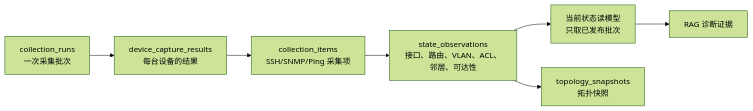
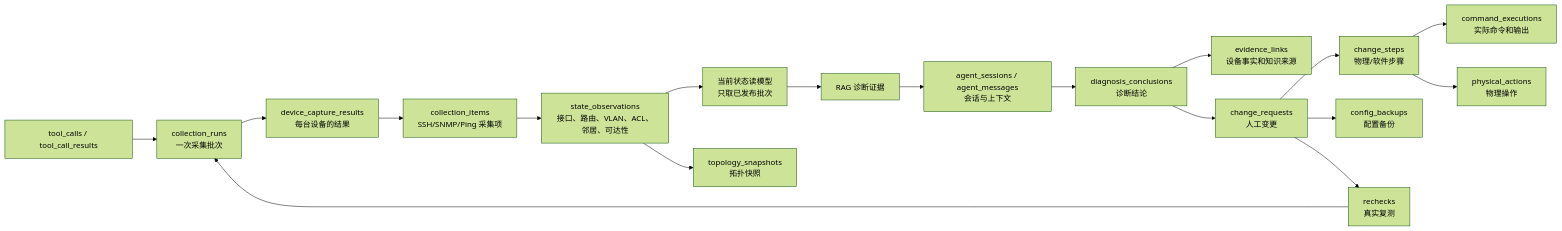
Before and after one commit to A1PHAalpha/-project6: the sixth of 7 diagrams in README.md, drawn with Mermaid (forest theme). The commit also changed other lines of this file and 28 other files, not shown here.

````diff
--- a/README.md
+++ b/README.md
@@ -432,9 +452,20 @@
 ```mermaid
 flowchart LR
     RUN["collection_runs<br/>一次采集批次"] --> RESULT["device_capture_results<br/>每台设备的结果"]
     RESULT --> ITEM["collection_items<br/>SSH/SNMP/Ping 采集项"]
     ITEM --> OBS["state_observations<br/>接口、路由、VLAN、ACL、邻居、可达性"]
     OBS --> CURRENT["当前状态读模型<br/>只取已发布批次"]
     OBS --> TOPO["topology_snapshots<br/>拓扑快照"]
     CURRENT --> RAG["RAG 诊断证据"]
+    TOOL["tool_calls / tool_call_results"] --> RUN
+    RAG --> SESSION["agent_sessions / agent_messages<br/>会话与上下文"]
+    SESSION --> CONCLUSION["diagnosis_conclusions<br/>诊断结论"]
+    CONCLUSION --> EVID["evidence_links<br/>设备事实和知识来源"]
+    CONCLUSION --> CHANGE["change_requests<br/>人工变更"]
+    CHANGE --> STEP["change_steps<br/>物理/软件步骤"]
+    STEP --> EXEC["command_executions<br/>实际命令和输出"]
+    STEP --> PHYS["physical_actions<br/>物理操作"]
+    CHANGE --> BACKUP["config_backups<br/>配置备份"]
+    CHANGE --> CHECK["rechecks<br/>真实复测"]
+    CHECK --> RUN
 ```
````
